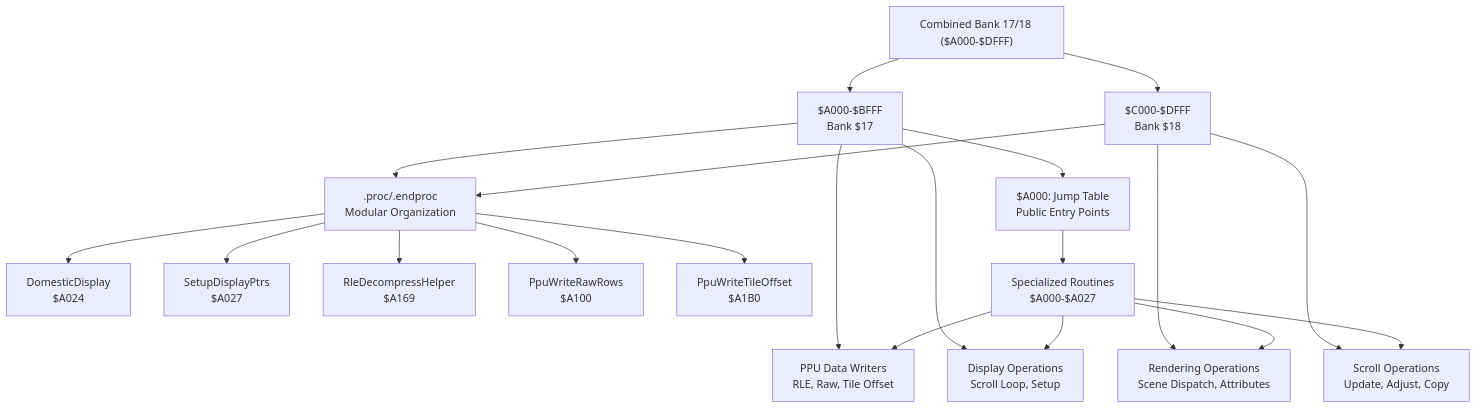
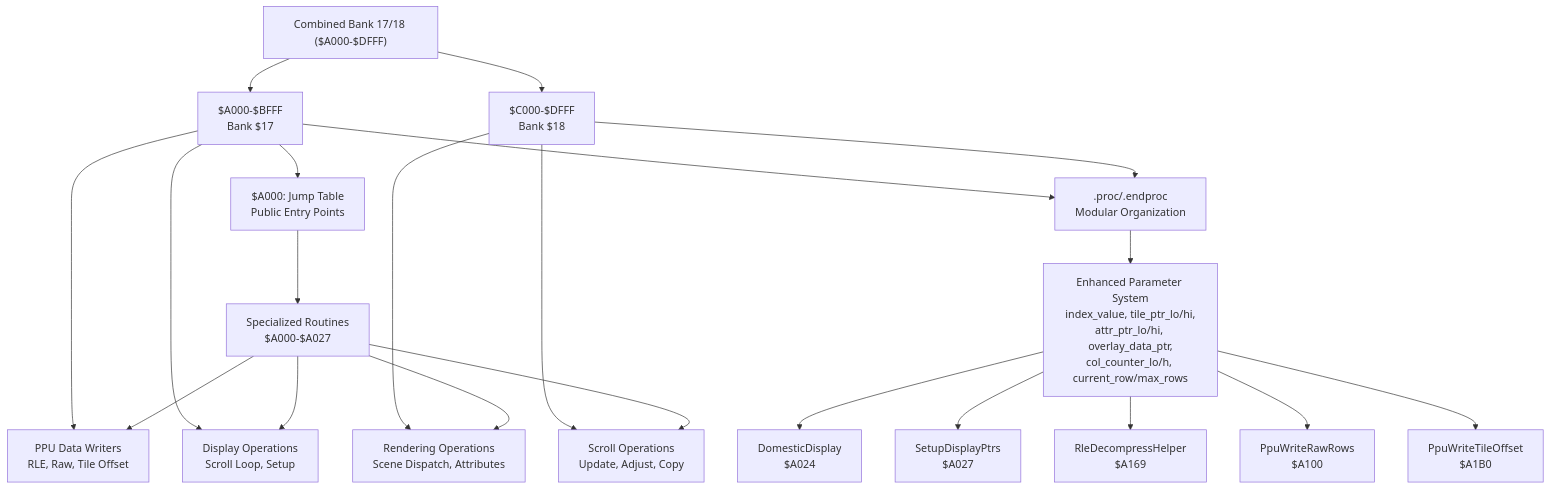
One commit to rabbyzero/sango2dasm changed the sixth of 10 diagrams in .qoder/repowiki/en/content/Assembly Architecture/Assembly Architecture.md. Above: the diagram before and after it, drawn with Mermaid. The commit also changed other lines of this file and 7 other files, not shown here.

````diff
--- a/.qoder/repowiki/en/content/Assembly Architecture/Assembly Architecture.md
+++ b/.qoder/repowiki/en/content/Assembly Architecture/Assembly Architecture.md
@@ -279,22 +292,24 @@
 ```mermaid
 flowchart TD
 COMBINED["Combined Bank 17/18 ($A000-$DFFF)"] --> BANKA["$A000-$BFFF<br/>Bank $17"]
 COMBINED --> BANKB["$C000-$DFFF<br/>Bank $18"]
 BANKA --> JUMPTABLE["$A000: Jump Table<br/>Public Entry Points"]
 BANKA --> PPUWRITERS["PPU Data Writers<br/>RLE, Raw, Tile Offset"]
 BANKA --> DISPLAYOPS["Display Operations<br/>Scroll Loop, Setup"]
 BANKB --> RENDEROPS["Rendering Operations<br/>Scene Dispatch, Attributes"]
 BANKB --> SCROLLOPS["Scroll Operations<br/>Update, Adjust, Copy"]
 BANKA --> PROC[".proc/.endproc<br/>Modular Organization"]
 BANKB --> PROC
-PROC --> DOMESTIC["DomesticDisplay<br/>$A024"]
-PROC --> SETUP["SetupDisplayPtrs<br/>$A027"]
-PROC --> RLE["RleDecompressHelper<br/>$A169"]
-PROC --> RAWROWS["PpuWriteRawRows<br/>$A100"]
-PROC --> TILEOFFSET["PpuWriteTileOffset<br/>$A1B0"]
+PARAMSYS["Enhanced Parameter System<br/>index_value, tile_ptr_lo/hi,<br/>attr_ptr_lo/hi, overlay_data_ptr,<br/>col_counter_lo/h, current_row/max_rows"]
+PROC --> PARAMSYS
+PARAMSYS --> DOMESTIC["DomesticDisplay<br/>$A024"]
+PARAMSYS --> SETUP["SetupDisplayPtrs<br/>$A027"]
+PARAMSYS --> RLE["RleDecompressHelper<br/>$A169"]
+PARAMSYS --> RAWROWS["PpuWriteRawRows<br/>$A100"]
+PARAMSYS --> TILEOFFSET["PpuWriteTileOffset<br/>$A1B0"]
 JUMPTABLE --> ROUTINES["Specialized Routines<br/>$A000-$A027"]
 ROUTINES --> PPUWRITERS
 ROUTINES --> DISPLAYOPS
 ROUTINES --> RENDEROPS
 ROUTINES --> SCROLLOPS
 ```
````
